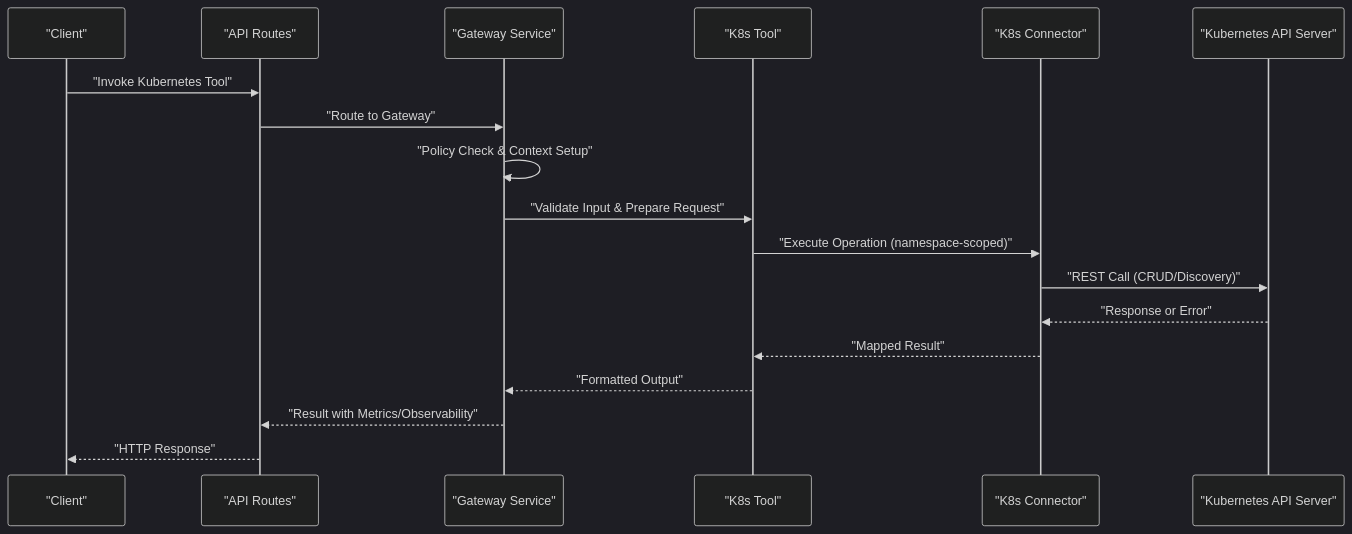
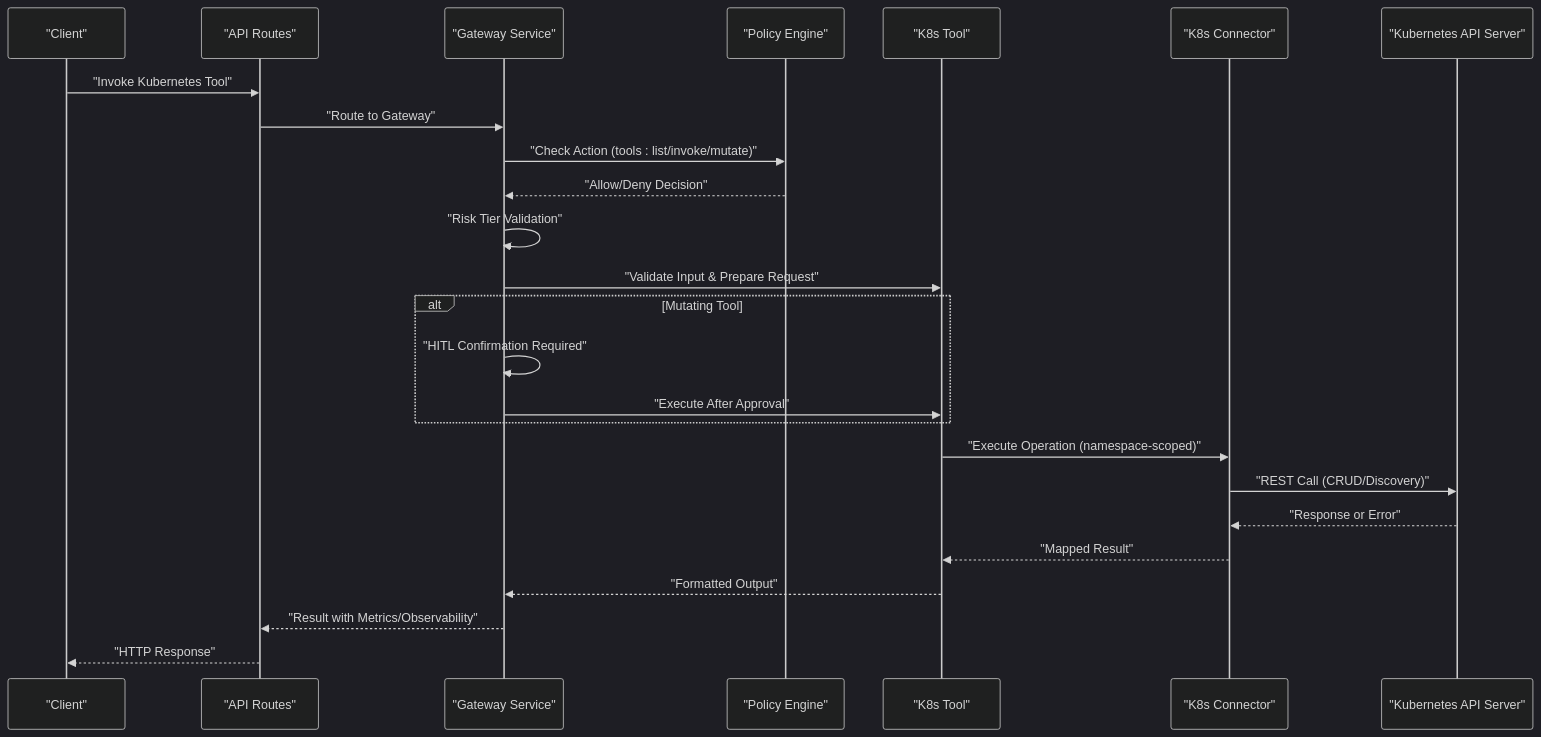
The second of 7 diagrams in .qoder/repowiki/en/content/Tool Gateway Service/Kubernetes Integration and Resource Management.md (metasync/luban-aiops), drawn with Mermaid (dark theme) before and after one commit. The commit also changed other lines of this file and 43 other files, not shown here.

````diff
--- a/.qoder/repowiki/en/content/Tool Gateway Service/Kubernetes Integration and Resource Management.md
+++ b/.qoder/repowiki/en/content/Tool Gateway Service/Kubernetes Integration and Resource Management.md
@@ -102,20 +125,27 @@
 ```mermaid
 sequenceDiagram
 participant Client as "Client"
 participant API as "API Routes"
 participant GW as "Gateway Service"
+participant Policy as "Policy Engine"
 participant Tool as "K8s Tool"
 participant Conn as "K8s Connector"
 participant K8S as "Kubernetes API Server"
 Client->>API : "Invoke Kubernetes Tool"
 API->>GW : "Route to Gateway"
-GW->>GW : "Policy Check & Context Setup"
+GW->>Policy : "Check Action (tools : list/invoke/mutate)"
+Policy-->>GW : "Allow/Deny Decision"
+GW->>GW : "Risk Tier Validation"
 GW->>Tool : "Validate Input & Prepare Request"
+alt Mutating Tool
+GW->>GW : "HITL Confirmation Required"
+GW->>Tool : "Execute After Approval"
+end
 Tool->>Conn : "Execute Operation (namespace-scoped)"
 Conn->>K8S : "REST Call (CRUD/Discovery)"
 K8S-->>Conn : "Response or Error"
 Conn-->>Tool : "Mapped Result"
 Tool-->>GW : "Formatted Output"
 GW-->>API : "Result with Metrics/Observability"
 API-->>Client : "HTTP Response"
 ```
````
